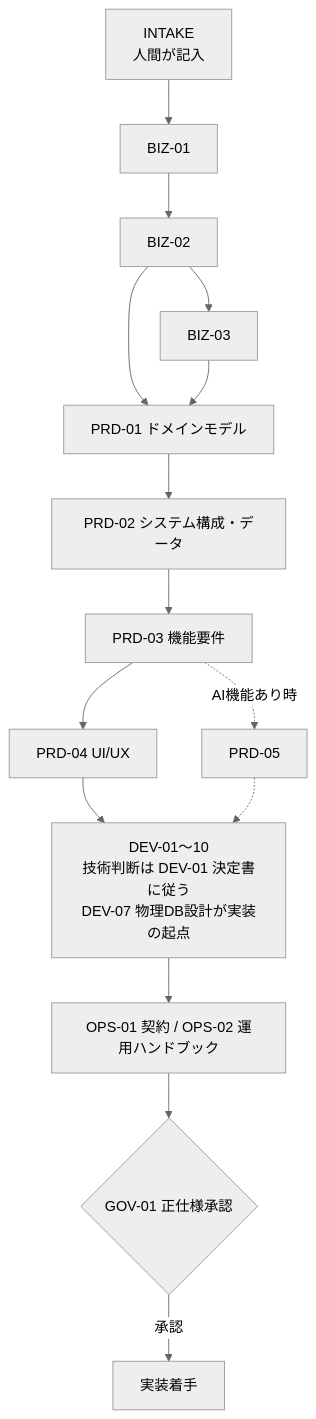
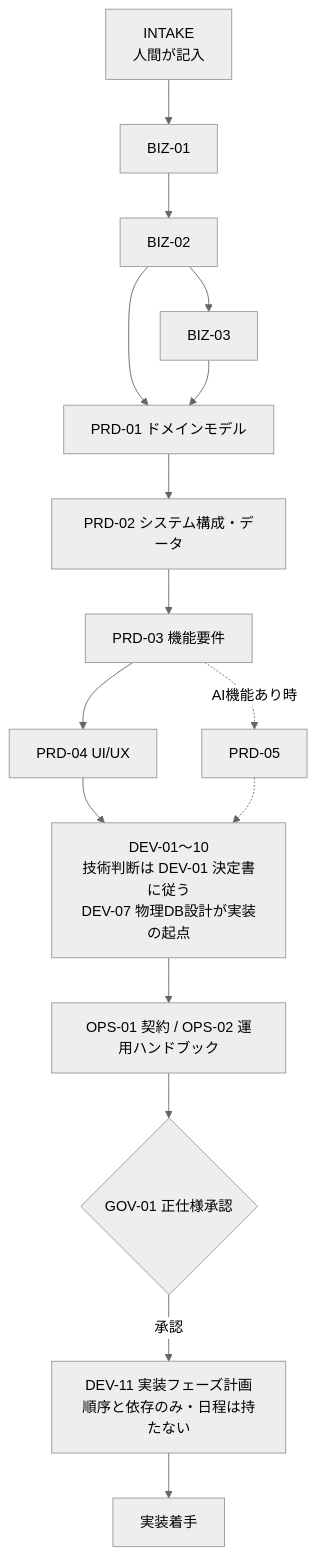
The diagram in docs/00_README.md (team-natural/walk-pet-kampo), drawn with Mermaid (neutral theme) before and after one commit. The commit also changed other lines of this file and 6 other files, not shown here.

````diff
--- a/docs/00_README.md
+++ b/docs/00_README.md
@@ -291,17 +292,18 @@
 ```mermaid
 flowchart TD
     INTAKE[INTAKE<br/>人間が記入] --> BIZ01[BIZ-01]
     BIZ01 --> BIZ02[BIZ-02]
     BIZ02 --> BIZ03[BIZ-03]
     BIZ02 --> PRD01[PRD-01 ドメインモデル]
     BIZ03 --> PRD01
     PRD01 --> PRD02[PRD-02 システム構成・データ]
     PRD02 --> PRD03[PRD-03 機能要件]
     PRD03 -.AI機能あり時.-> PRD05[PRD-05]
     PRD03 --> PRD04[PRD-04 UI/UX]
     PRD04 --> DEV[DEV-01〜10<br/>技術判断は DEV-01 決定書に従う<br/>DEV-07 物理DB設計が実装の起点]
     PRD05 -.-> DEV
     DEV --> OPS[OPS-01 契約 / OPS-02 運用ハンドブック]
     OPS --> APR{GOV-01 正仕様承認}
-    APR -->|承認| IMPL[実装着手]
+    APR -->|承認| PHASE[DEV-11 実装フェーズ計画<br/>順序と依存のみ・日程は持たない]
+    PHASE --> IMPL[実装着手]
 ```
````
